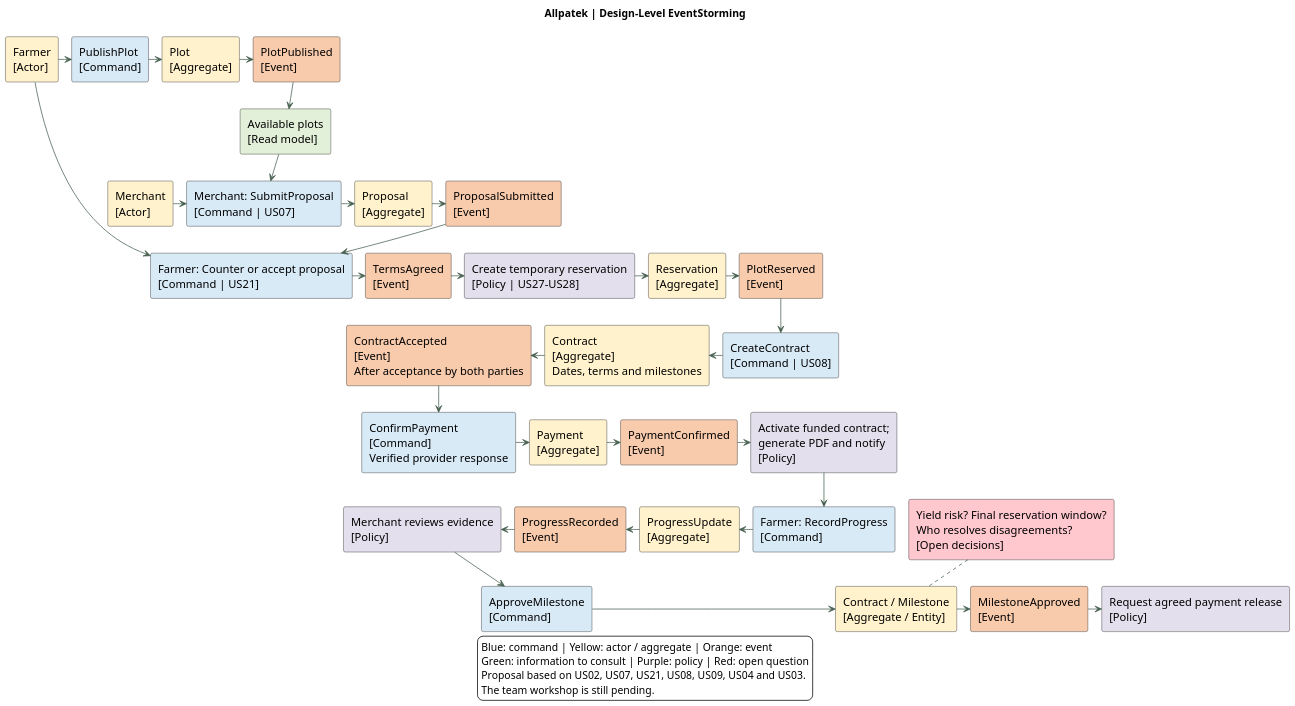
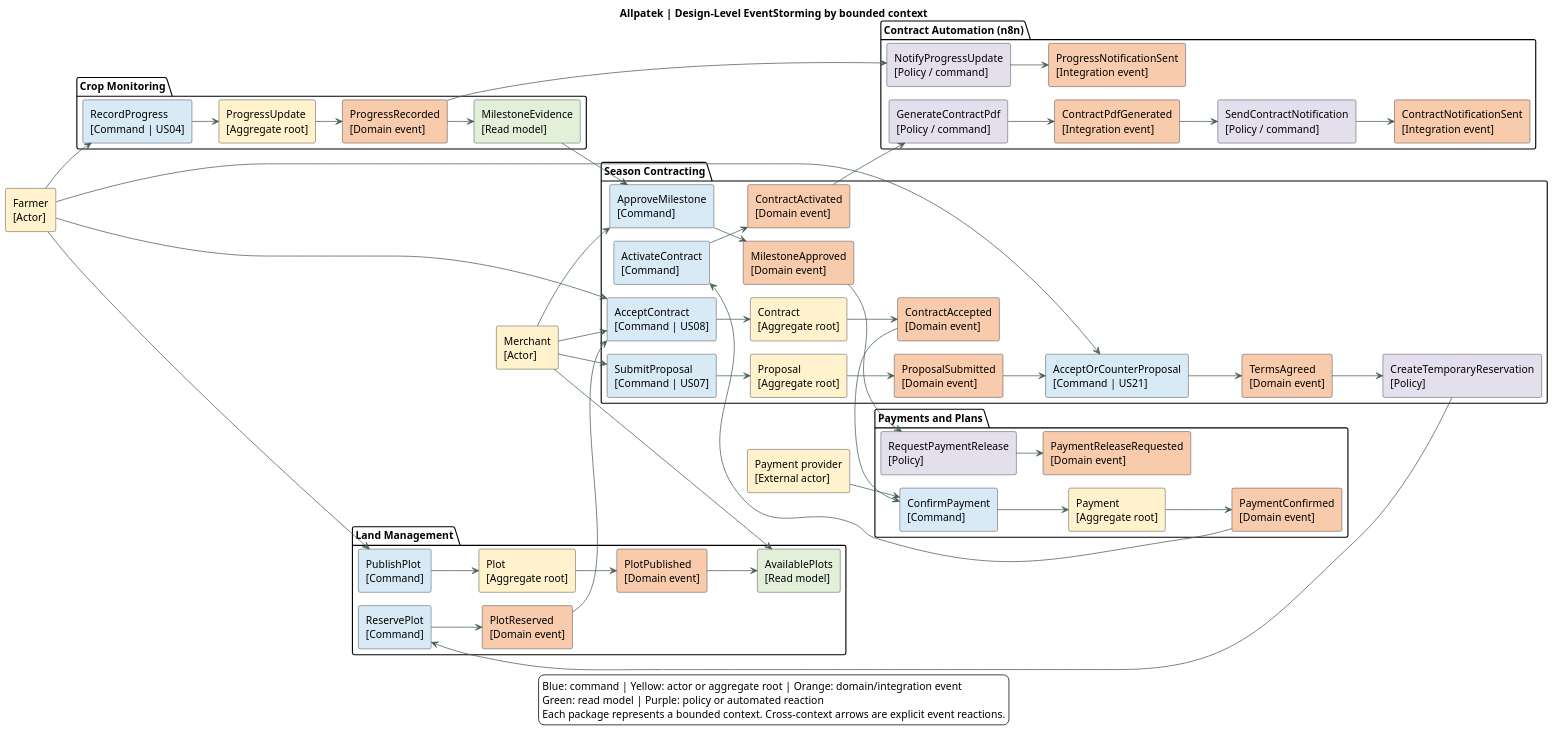
One commit to upc-pre-202620-1asi0729-7753-Terranova/allpatek-report changed the diagram in assets/chapter-04/architecture/01-eventstorming.puml. Above: the diagram before and after it, drawn with PlantUML. The commit also changed 8 other files, not shown here.

Commit message:
docs(architecture): refine EventStorming and C4 models

```diff
--- a/assets/chapter-04/architecture/01-eventstorming.puml
+++ b/assets/chapter-04/architecture/01-eventstorming.puml
@@ -1,80 +1,113 @@
 @startuml
 !pragma layout smetana
 skinparam backgroundColor white
 skinparam defaultFontName SansSerif
-skinparam defaultFontSize 15
+skinparam defaultFontSize 14
 skinparam shadowing false
-skinparam classAttributeIconSize 0
 skinparam ArrowColor #476050
 skinparam dpi 140
-title Allpatek | Design-Level EventStorming
+title Allpatek | Design-Level EventStorming by bounded context
 
-top to bottom direction
+left to right direction
+
 rectangle "Farmer\n[Actor]" as farmer #FFF2CC
-rectangle "PublishPlot\n[Command]" as publish #D9EAF7
-rectangle "Plot\n[Aggregate]" as plot #FFF2CC
-rectangle "PlotPublished\n[Event]" as published #F8CBAD
-rectangle "Available plots\n[Read model]" as catalog #E2F0D9
 rectangle "Merchant\n[Actor]" as merchant #FFF2CC
-rectangle "Merchant: SubmitProposal\n[Command | US07]" as propose #D9EAF7
-rectangle "Proposal\n[Aggregate]" as proposal #FFF2CC
-rectangle "ProposalSubmitted\n[Event]" as proposed #F8CBAD
-rectangle "Farmer: Counter or accept proposal\n[Command | US21]" as negotiate #D9EAF7
-rectangle "TermsAgreed\n[Event]" as agreed #F8CBAD
-rectangle "Create temporary reservation\n[Policy | US27-US28]" as hold #E4DFEC
-rectangle "Reservation\n[Aggregate]" as reservation #FFF2CC
-rectangle "PlotReserved\n[Event]" as reserved #F8CBAD
-rectangle "CreateContract\n[Command | US08]" as create #D9EAF7
-rectangle "Contract\n[Aggregate]\nDates, terms and milestones" as contract #FFF2CC
-rectangle "ContractAccepted\n[Event]\nAfter acceptance by both parties" as accepted #F8CBAD
-rectangle "ConfirmPayment\n[Command]\nVerified provider response" as pay #D9EAF7
-rectangle "Payment\n[Aggregate]" as payment #FFF2CC
-rectangle "PaymentConfirmed\n[Event]" as confirmed #F8CBAD
-rectangle "Activate funded contract;\ngenerate PDF and notify\n[Policy]" as notify #E4DFEC
-rectangle "Farmer: RecordProgress\n[Command]" as record #D9EAF7
-rectangle "ProgressUpdate\n[Aggregate]" as update #FFF2CC
-rectangle "ProgressRecorded\n[Event]" as recorded #F8CBAD
-rectangle "Merchant reviews evidence\n[Policy]" as review #E4DFEC
-rectangle "ApproveMilestone\n[Command]" as approve #D9EAF7
-rectangle "Contract / Milestone\n[Aggregate / Entity]" as milestone #FFF2CC
-rectangle "MilestoneApproved\n[Event]" as approved #F8CBAD
-rectangle "Request agreed payment release\n[Policy]" as release #E4DFEC
-rectangle "Yield risk? Final reservation window?\nWho resolves disagreements?\n[Open decisions]" as open #FFC7CE
-farmer -right-> publish
-publish -right-> plot
-plot -right-> published
+rectangle "Payment provider\n[External actor]" as provider #FFF2CC
+
+package "Land Management" {
+  rectangle "PublishPlot\n[Command]" as publish #D9EAF7
+  rectangle "Plot\n[Aggregate root]" as plot #FFF2CC
+  rectangle "PlotPublished\n[Domain event]" as published #F8CBAD
+  rectangle "AvailablePlots\n[Read model]" as catalog #E2F0D9
+  rectangle "ReservePlot\n[Command]" as reserve #D9EAF7
+  rectangle "PlotReserved\n[Domain event]" as reserved #F8CBAD
+}
+
+package "Season Contracting" {
+  rectangle "SubmitProposal\n[Command | US07]" as propose #D9EAF7
+  rectangle "Proposal\n[Aggregate root]" as proposal #FFF2CC
+  rectangle "ProposalSubmitted\n[Domain event]" as proposed #F8CBAD
+  rectangle "AcceptOrCounterProposal\n[Command | US21]" as negotiate #D9EAF7
+  rectangle "TermsAgreed\n[Domain event]" as agreed #F8CBAD
+  rectangle "CreateTemporaryReservation\n[Policy]" as hold #E4DFEC
+  rectangle "AcceptContract\n[Command | US08]" as accept #D9EAF7
+  rectangle "Contract\n[Aggregate root]" as contract #FFF2CC
+  rectangle "ContractAccepted\n[Domain event]" as accepted #F8CBAD
+  rectangle "ActivateContract\n[Command]" as activate #D9EAF7
+  rectangle "ContractActivated\n[Domain event]" as activated #F8CBAD
+  rectangle "ApproveMilestone\n[Command]" as approve #D9EAF7
+  rectangle "MilestoneApproved\n[Domain event]" as approved #F8CBAD
+}
+
+package "Payments and Plans" {
+  rectangle "ConfirmPayment\n[Command]" as pay #D9EAF7
+  rectangle "Payment\n[Aggregate root]" as payment #FFF2CC
+  rectangle "PaymentConfirmed\n[Domain event]" as confirmed #F8CBAD
+  rectangle "RequestPaymentRelease\n[Policy]" as release #E4DFEC
+  rectangle "PaymentReleaseRequested\n[Domain event]" as releaseRequested #F8CBAD
+}
+
+package "Crop Monitoring" {
+  rectangle "RecordProgress\n[Command | US04]" as record #D9EAF7
+  rectangle "ProgressUpdate\n[Aggregate root]" as update #FFF2CC
+  rectangle "ProgressRecorded\n[Domain event]" as recorded #F8CBAD
+  rectangle "MilestoneEvidence\n[Read model]" as evidence #E2F0D9
+}
+
+package "Contract Automation (n8n)" {
+  rectangle "GenerateContractPdf\n[Policy / command]" as generatePdf #E4DFEC
+  rectangle "ContractPdfGenerated\n[Integration event]" as pdfGenerated #F8CBAD
+  rectangle "SendContractNotification\n[Policy / command]" as notify #E4DFEC
+  rectangle "ContractNotificationSent\n[Integration event]" as notified #F8CBAD
+  rectangle "NotifyProgressUpdate\n[Policy / command]" as notifyProgress #E4DFEC
+  rectangle "ProgressNotificationSent\n[Integration event]" as progressNotified #F8CBAD
+}
+
+farmer --> publish
+publish --> plot
+plot --> published
 published --> catalog
-merchant -right-> propose
-catalog -down-> propose
-propose -right-> proposal
-proposal -right-> proposed
-farmer -down-> negotiate
-proposed -down-> negotiate
-negotiate -right-> agreed
-agreed -right-> hold
-hold -right-> reservation
-reservation -right-> reserved
-reserved -down-> create
-create -left-> contract
-contract -left-> accepted
+merchant --> catalog
+merchant --> propose
+propose --> proposal
+proposal --> proposed
+farmer --> negotiate
+proposed --> negotiate
+negotiate --> agreed
+agreed --> hold
+hold --> reserve
+reserve --> reserved
+reserved --> accept
+merchant --> accept
+farmer --> accept
+accept --> contract
+contract --> accepted
+provider --> pay
 accepted --> pay
-pay -right-> payment
-payment -right-> confirmed
-confirmed -right-> notify
-notify --> record
-record -left-> update
-update -left-> recorded
-recorded -left-> review
-review --> approve
-approve -right-> milestone
-milestone -right-> approved
-approved -right-> release
-open .. milestone
+pay --> payment
+payment --> confirmed
+confirmed --> activate
+activate --> activated
+activated --> generatePdf
+generatePdf --> pdfGenerated
+pdfGenerated --> notify
+notify --> notified
+farmer --> record
+record --> update
+update --> recorded
+recorded --> evidence
+recorded --> notifyProgress
+notifyProgress --> progressNotified
+merchant --> approve
+evidence --> approve
+approve --> approved
+approved --> release
+release --> releaseRequested
+
 legend bottom
-Blue: command | Yellow: actor / aggregate | Orange: event
-Green: information to consult | Purple: policy | Red: open question
-Proposal based on US02, US07, US21, US08, US09, US04 and US03.
-The team workshop is still pending.
+Blue: command | Yellow: actor or aggregate root | Orange: domain/integration event
+Green: read model | Purple: policy or automated reaction
+Each package represents a bounded context. Cross-context arrows are explicit event reactions.
 endlegend
 
 @enduml
```
